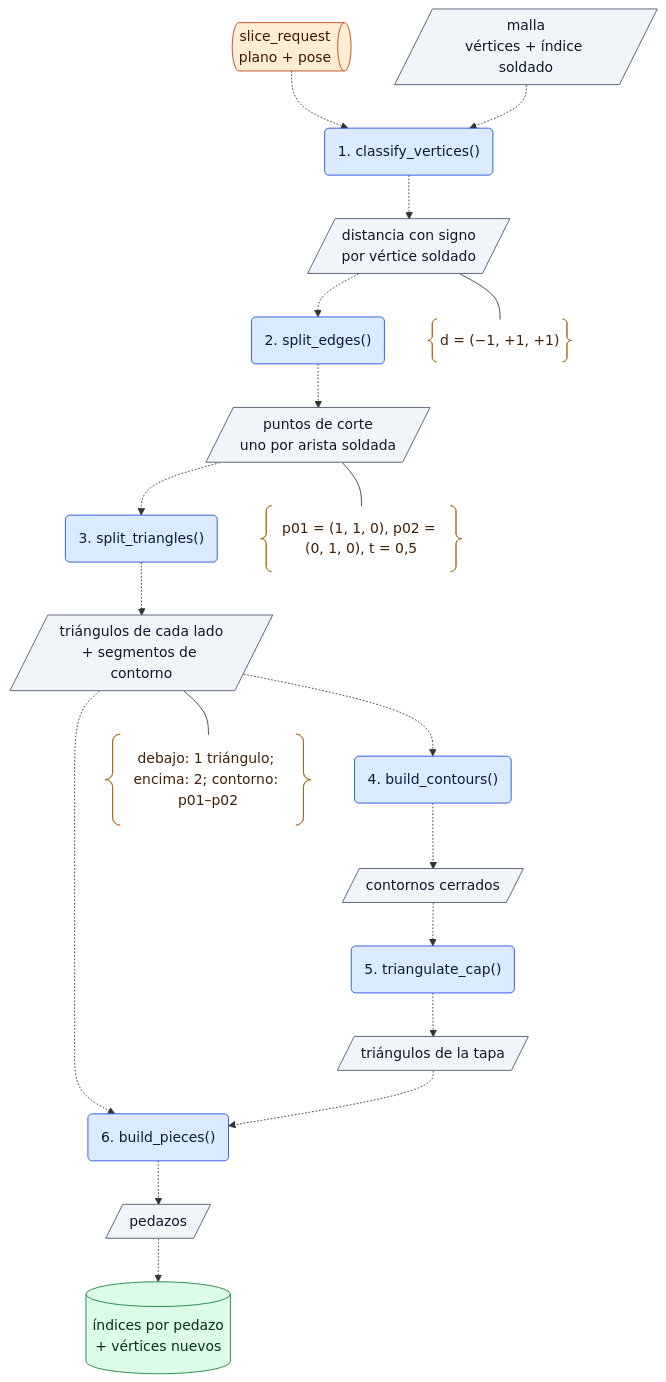
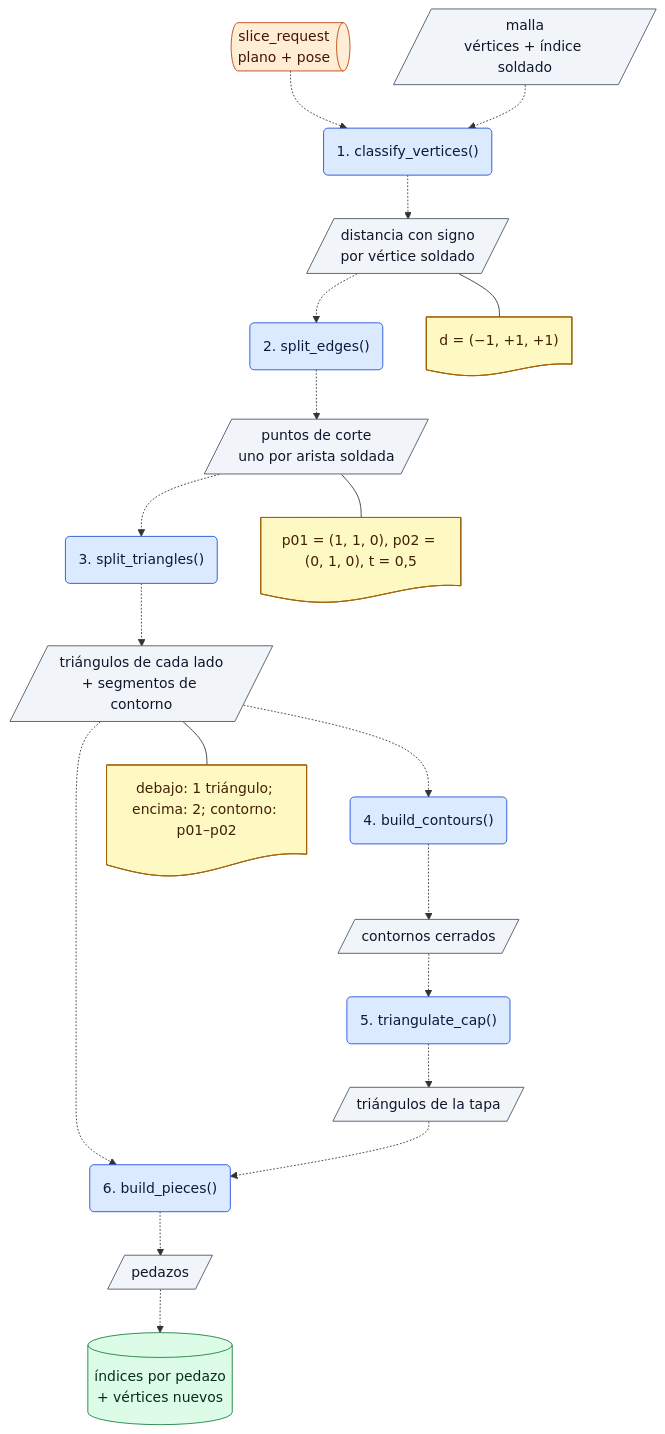
Before and after one commit to clemgrass/MedievalZombies: the diagram in docs/research/diagramas-piloto/README.md, drawn with Mermaid.

Commit message:
docs: notas del piloto con relleno propio, legibles en modo oscuro (ADR-0030)

````diff
--- a/docs/research/diagramas-piloto/README.md
+++ b/docs/research/diagramas-piloto/README.md
@@ -36,53 +36,53 @@
 ```mermaid
 flowchart TB
     classDef func fill:#dbeafe,stroke:#1d4ed8,color:#0b1b3a
     classDef data fill:#f1f5f9,stroke:#475569,color:#0f172a
     classDef queue fill:#ffedd5,stroke:#c2410c,color:#431407
     classDef gpu fill:#dcfce7,stroke:#15803d,color:#052e16
     classDef example fill:#fef9c3,stroke:#a16207,color:#422006
 
     req@{ shape: h-cyl, label: "slice_request<br/>plano + pose" }
     mesh[/"malla<br/>vértices + índice soldado"/]
     f1("1. classify_vertices()")
     d1[/"distancia con signo<br/>por vértice soldado"/]
     f2("2. split_edges()")
     d2[/"puntos de corte<br/>uno por arista soldada"/]
     f3("3. split_triangles()")
     d3[/"triángulos de cada lado<br/>+ segmentos de contorno"/]
     f4("4. build_contours()")
     d4[/"contornos cerrados"/]
     f5("5. triangulate_cap()")
     d5[/"triángulos de la tapa"/]
     f6("6. build_pieces()")
     d6[/"pedazos"/]
     gpu[("índices por pedazo<br/>+ vértices nuevos")]
 
-    e1@{ shape: braces, label: "d = (−1, +1, +1)" }
-    e2@{ shape: braces, label: "p01 = (1, 1, 0), p02 = (0, 1, 0), t = 0,5" }
-    e3@{ shape: braces, label: "debajo: 1 triángulo; encima: 2; contorno: p01–p02" }
+    e1@{ shape: doc, label: "d = (−1, +1, +1)" }
+    e2@{ shape: doc, label: "p01 = (1, 1, 0), p02 = (0, 1, 0), t = 0,5" }
+    e3@{ shape: doc, label: "debajo: 1 triángulo; encima: 2; contorno: p01–p02" }
 
     req -.-> f1
     mesh -.-> f1
     f1 -.-> d1
     d1 -.-> f2
     f2 -.-> d2
     d2 -.-> f3
     f3 -.-> d3
     d3 -.-> f4
     f4 -.-> d4
     d4 -.-> f5
     f5 -.-> d5
     d3 -.-> f6
     d5 -.-> f6
     f6 -.-> d6
     d6 -.-> gpu
     d1 --- e1
     d2 --- e2
     d3 --- e3
 
     class f1,f2,f3,f4,f5,f6 func
     class mesh,d1,d2,d3,d4,d5,d6 data
     class req queue
     class gpu gpu
     class e1,e2,e3 example
 ```
````
